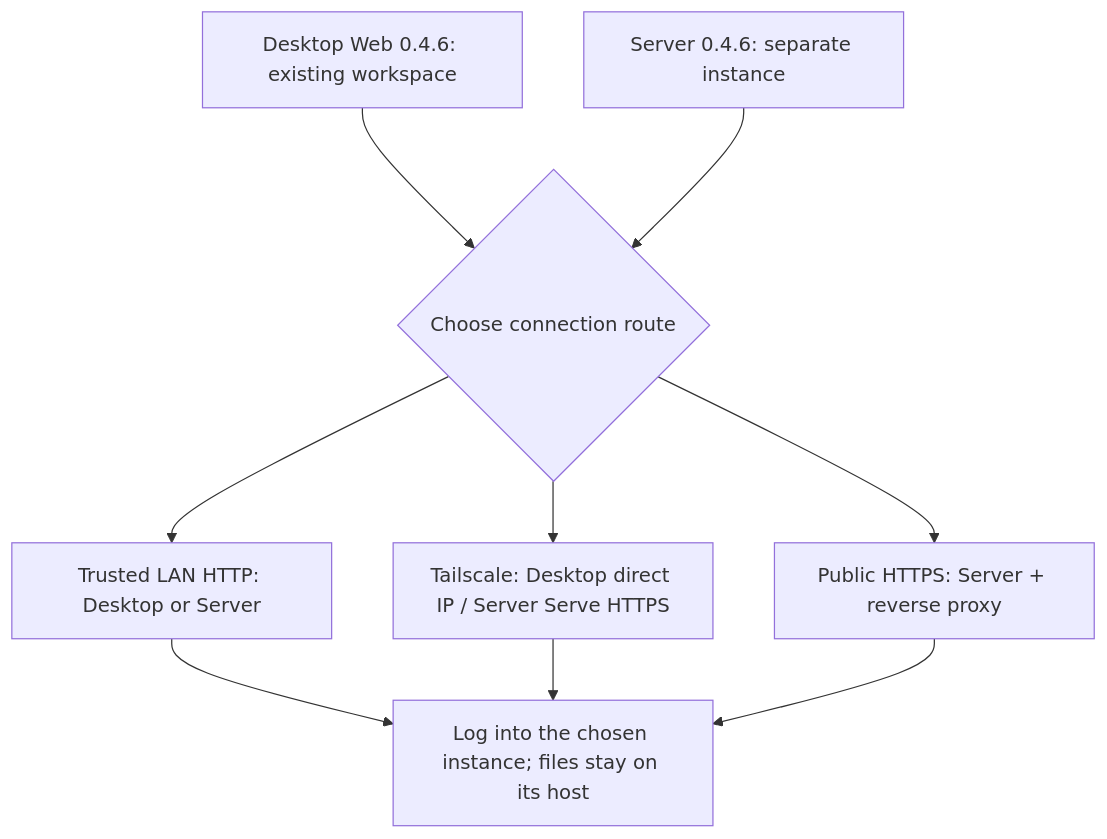
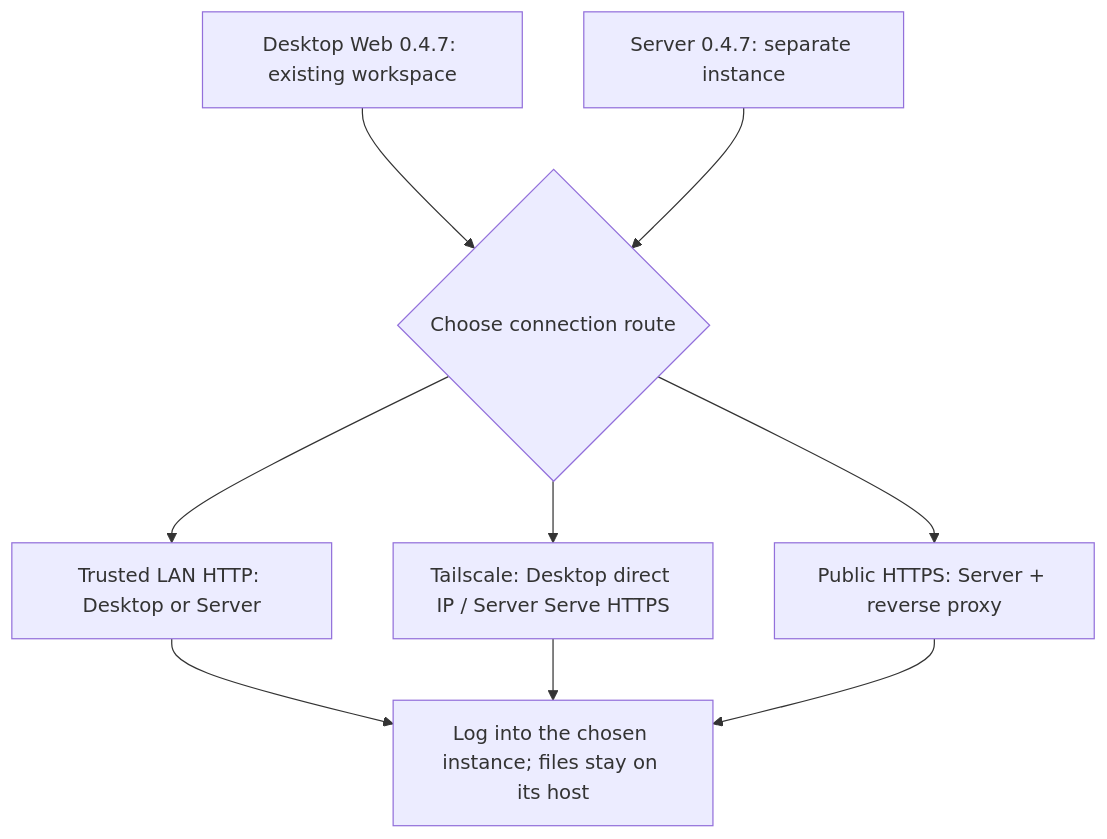
One commit to 1443205008/rovai-ai changed the diagram in website/site/public/assets/diagrams/deployment-choice-en.mmd. Above: the diagram before and after it, drawn with Mermaid. The commit also changed 11 other files, not shown here.

```diff
--- a/website/site/public/assets/diagrams/deployment-choice-en.mmd
+++ b/website/site/public/assets/diagrams/deployment-choice-en.mmd
@@ -1,12 +1,12 @@
 flowchart TB
-  desktop["Desktop Web 0.4.6: existing workspace"]
-  server["Server 0.4.6: separate instance"]
+  desktop["Desktop Web 0.4.7: existing workspace"]
+  server["Server 0.4.7: separate instance"]
   choice{"Choose connection route"}
   desktop --> choice
   server --> choice
   choice --> lan["Trusted LAN HTTP: Desktop or Server"]
   choice --> ts["Tailscale: Desktop direct IP / Server Serve HTTPS"]
   choice --> public["Public HTTPS: Server + reverse proxy"]
   lan --> login["Log into the chosen instance; files stay on its host"]
   ts --> login
   public --> login
```
